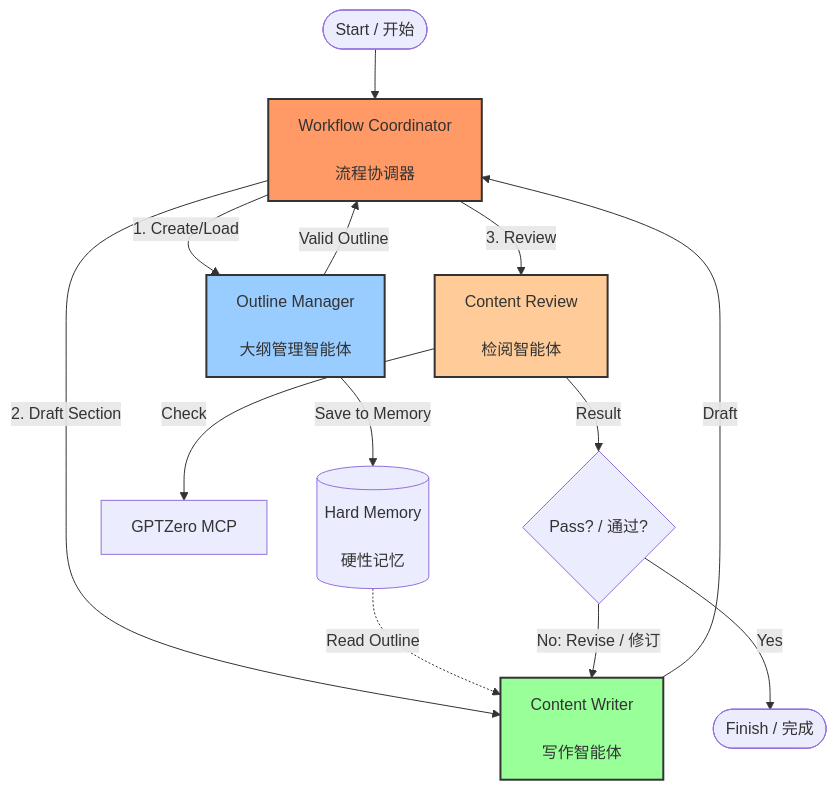
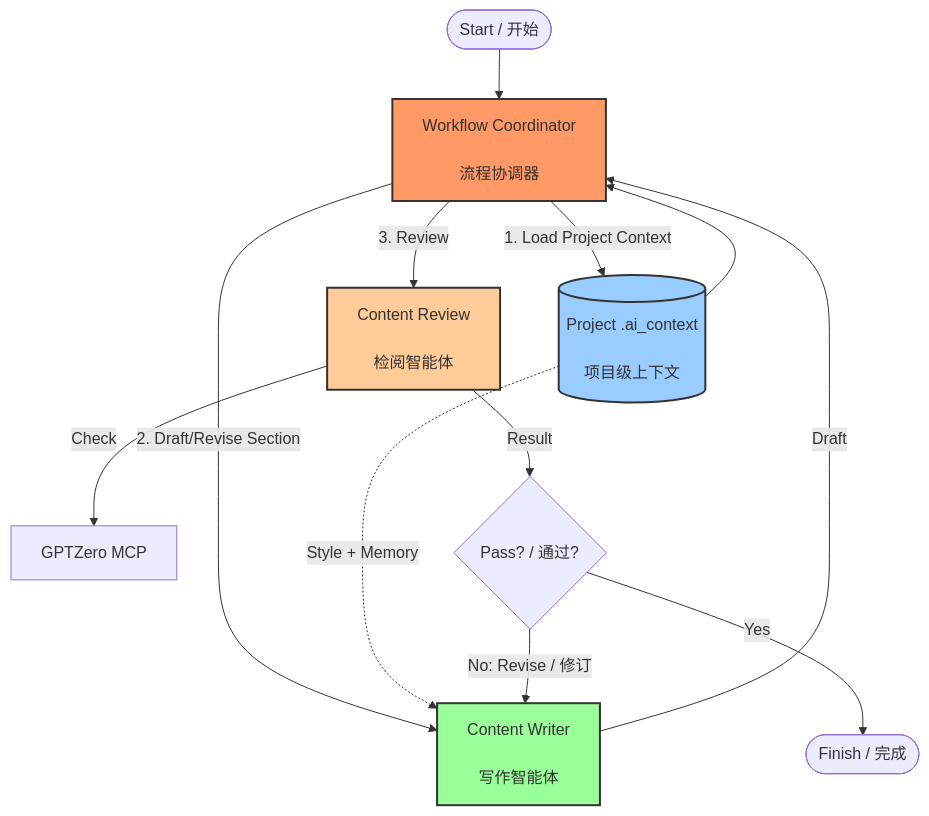
The second of 2 diagrams in opencode/skills/AI-Vibe-Writing-Skills/README.md (wenhuahuo/dotfiles), drawn with Mermaid before and after one commit. The commit also changed other lines of this file and 28 other files, not shown here.

````diff
--- a/opencode/skills/AI-Vibe-Writing-Skills/README.md
+++ b/opencode/skills/AI-Vibe-Writing-Skills/README.md
@@ -389,30 +385,28 @@
 ```mermaid
 graph TD
     Start([Start / 开始]) --> Coordinator[Workflow Coordinator
     <br />流程协调器]
     
-    Coordinator -->|1. Create/Load| OutlineMgr[Outline Manager
-    <br />大纲管理智能体]
-    OutlineMgr -->|Save to Memory| HardMem[(Hard Memory
-    <br />硬性记忆)]
-    OutlineMgr -->|Valid Outline| Coordinator
-    
-    Coordinator -->|2. Draft Section| Writer[Content Writer
+    Coordinator -->|1. Load Project Context| Context[(Project .ai_context
+    <br />项目级上下文)]
+    Context --> Coordinator
+
+    Coordinator -->|2. Draft/Revise Section| Writer[Content Writer
     <br />写作智能体]
-    HardMem -.->|Read Outline| Writer
+    Context -.->|Style + Memory| Writer
     Writer -->|Draft| Coordinator
     
     Coordinator -->|3. Review| Reviewer[Content Review
     <br />检阅智能体]
     Reviewer -->|Check| MCP[GPTZero MCP]
     
     Reviewer -->|Result| Decision{Pass? / 通过?}
     
     Decision -->|Yes| Finish([Finish / 完成])
     Decision -->|No: Revise / 修订| Writer
     
     style Coordinator fill:#f96,stroke:#333,stroke-width:2px
-    style OutlineMgr fill:#9cf,stroke:#333,stroke-width:2px
+    style Context fill:#9cf,stroke:#333,stroke-width:2px
     style Writer fill:#9f9,stroke:#333,stroke-width:2px
     style Reviewer fill:#fc9,stroke:#333,stroke-width:2px
 ```
````
